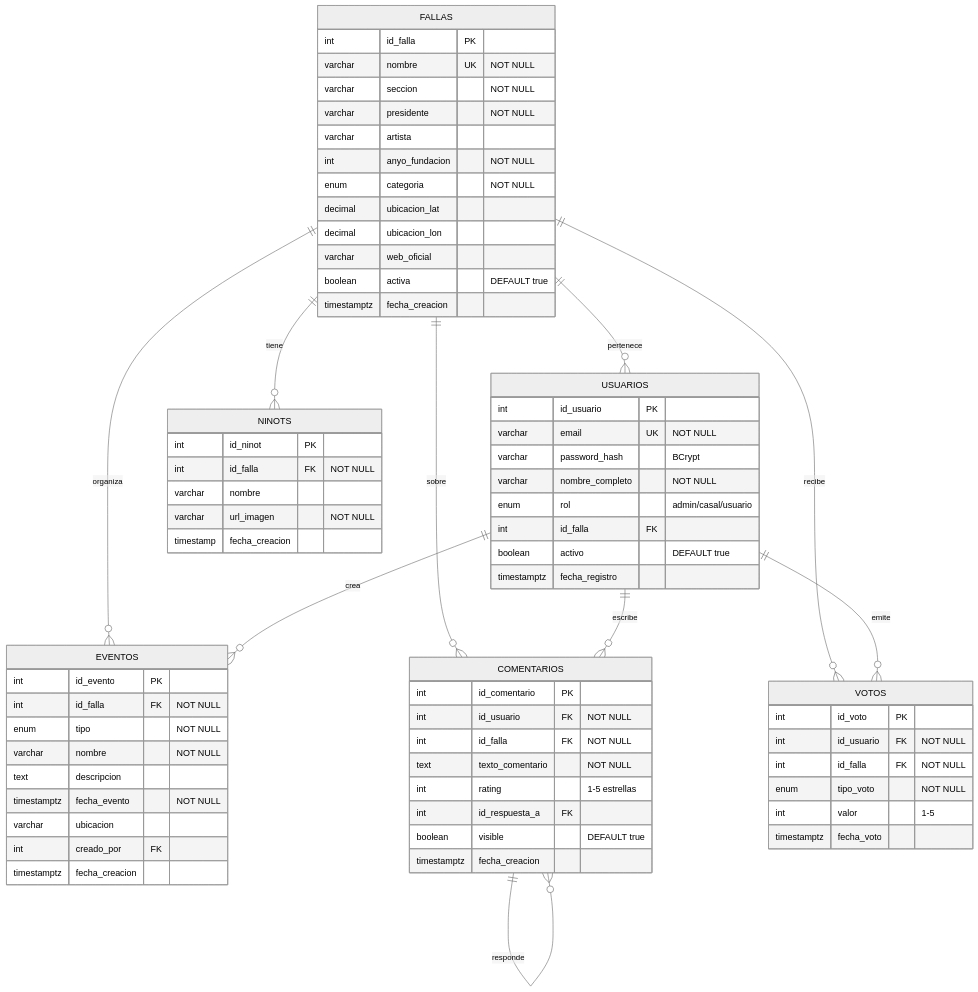
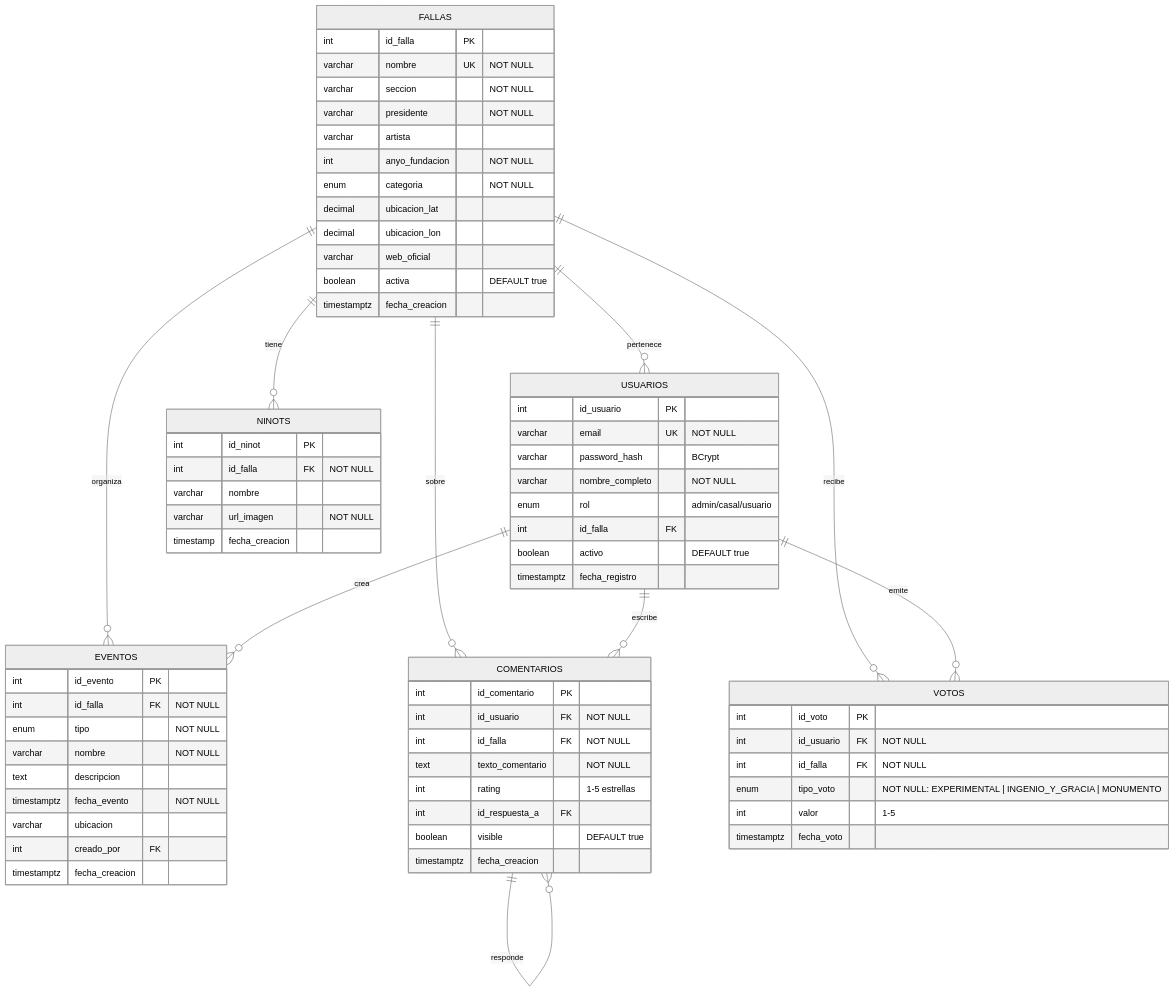
Before and after one commit to danrodgue/FallApp: the first of 2 diagrams in 04.docs/DB.SCHEMA.md, drawn with Mermaid (neutral theme). The commit also changed other lines of this file, not shown here.

First line of the commit message:
docs: actualizar diagrama Mermaid de tabla VOTOS con nuevos tipos de voto

````diff
--- a/04.docs/DB.SCHEMA.md
+++ b/04.docs/DB.SCHEMA.md
@@ -59,80 +59,80 @@
 ```mermaid
 erDiagram
     FALLAS ||--o{ USUARIOS : "pertenece"
     FALLAS ||--o{ EVENTOS : "organiza"
     FALLAS ||--o{ NINOTS : "tiene"
     FALLAS ||--o{ COMENTARIOS : "sobre"
     FALLAS ||--o{ VOTOS : "recibe"
     
     USUARIOS ||--o{ VOTOS : "emite"
     USUARIOS ||--o{ COMENTARIOS : "escribe"
     USUARIOS ||--o{ EVENTOS : "crea"
     
     COMENTARIOS ||--o{ COMENTARIOS : "responde"
     
     FALLAS {
         int id_falla PK
         varchar nombre UK "NOT NULL"
         varchar seccion "NOT NULL"
         varchar presidente "NOT NULL"
         varchar artista
         int anyo_fundacion "NOT NULL"
         enum categoria "NOT NULL"
         decimal ubicacion_lat
         decimal ubicacion_lon
         varchar web_oficial
         boolean activa "DEFAULT true"
         timestamptz fecha_creacion
     }
     
     USUARIOS {
         int id_usuario PK
         varchar email UK "NOT NULL"
         varchar password_hash "BCrypt"
         varchar nombre_completo "NOT NULL"
         enum rol "admin/casal/usuario"
         int id_falla FK
         boolean activo "DEFAULT true"
         timestamptz fecha_registro
     }
     
     EVENTOS {
         int id_evento PK
         int id_falla FK "NOT NULL"
         enum tipo "NOT NULL"
         varchar nombre "NOT NULL"
         text descripcion
         timestamptz fecha_evento "NOT NULL"
         varchar ubicacion
         int creado_por FK
         timestamptz fecha_creacion
     }
     
     NINOTS {
         int id_ninot PK
         int id_falla FK "NOT NULL"
         varchar nombre
         varchar url_imagen "NOT NULL"
         timestamp fecha_creacion
     }
     
     COMENTARIOS {
         int id_comentario PK
         int id_usuario FK "NOT NULL"
         int id_falla FK "NOT NULL"
         text texto_comentario "NOT NULL"
         int rating "1-5 estrellas"
         int id_respuesta_a FK
         boolean visible "DEFAULT true"
         timestamptz fecha_creacion
     }
     
     VOTOS {
         int id_voto PK
         int id_usuario FK "NOT NULL"
         int id_falla FK "NOT NULL"
-        enum tipo_voto "NOT NULL"
+        enum tipo_voto "NOT NULL: EXPERIMENTAL | INGENIO_Y_GRACIA | MONUMENTO"
         int valor "1-5"
         timestamptz fecha_voto
     }
 ```
````
